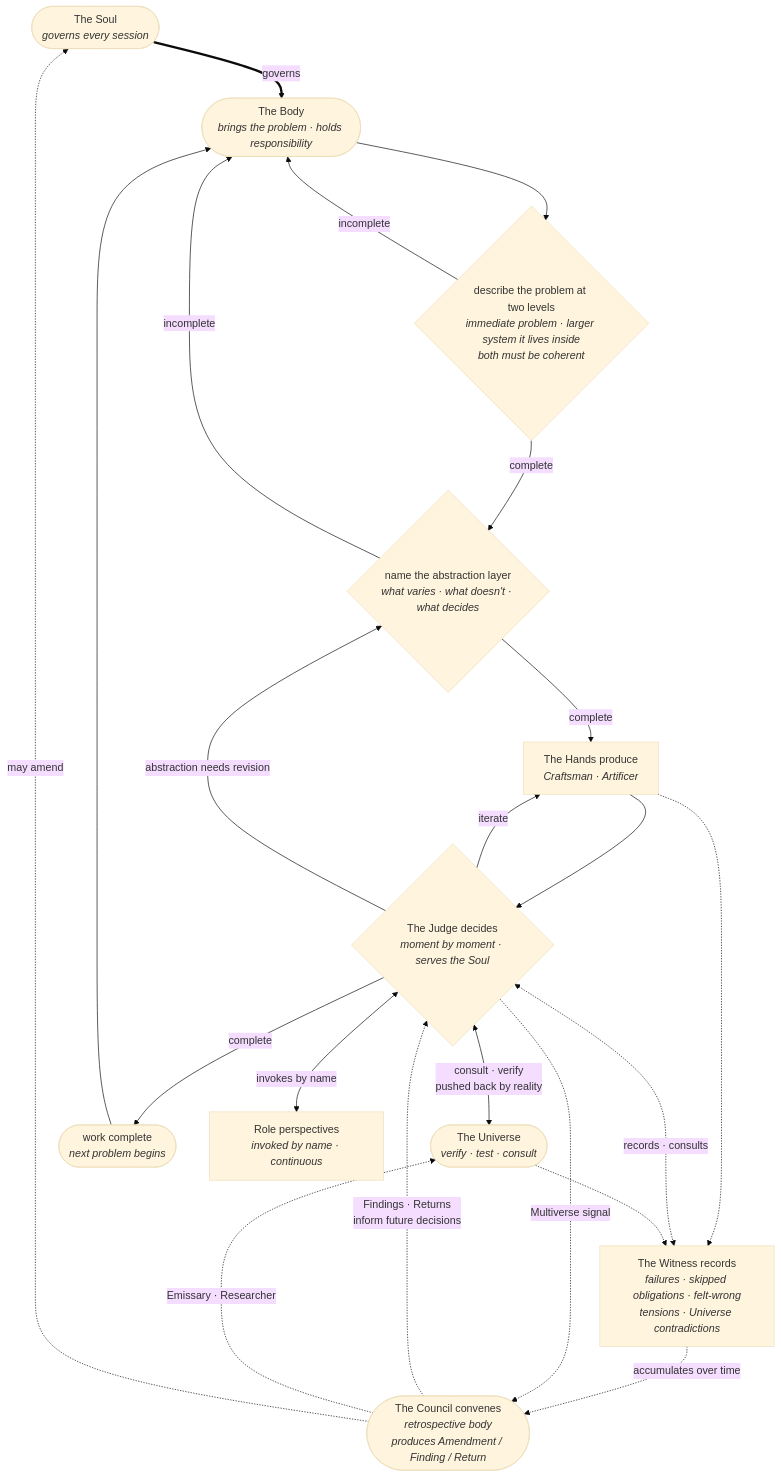
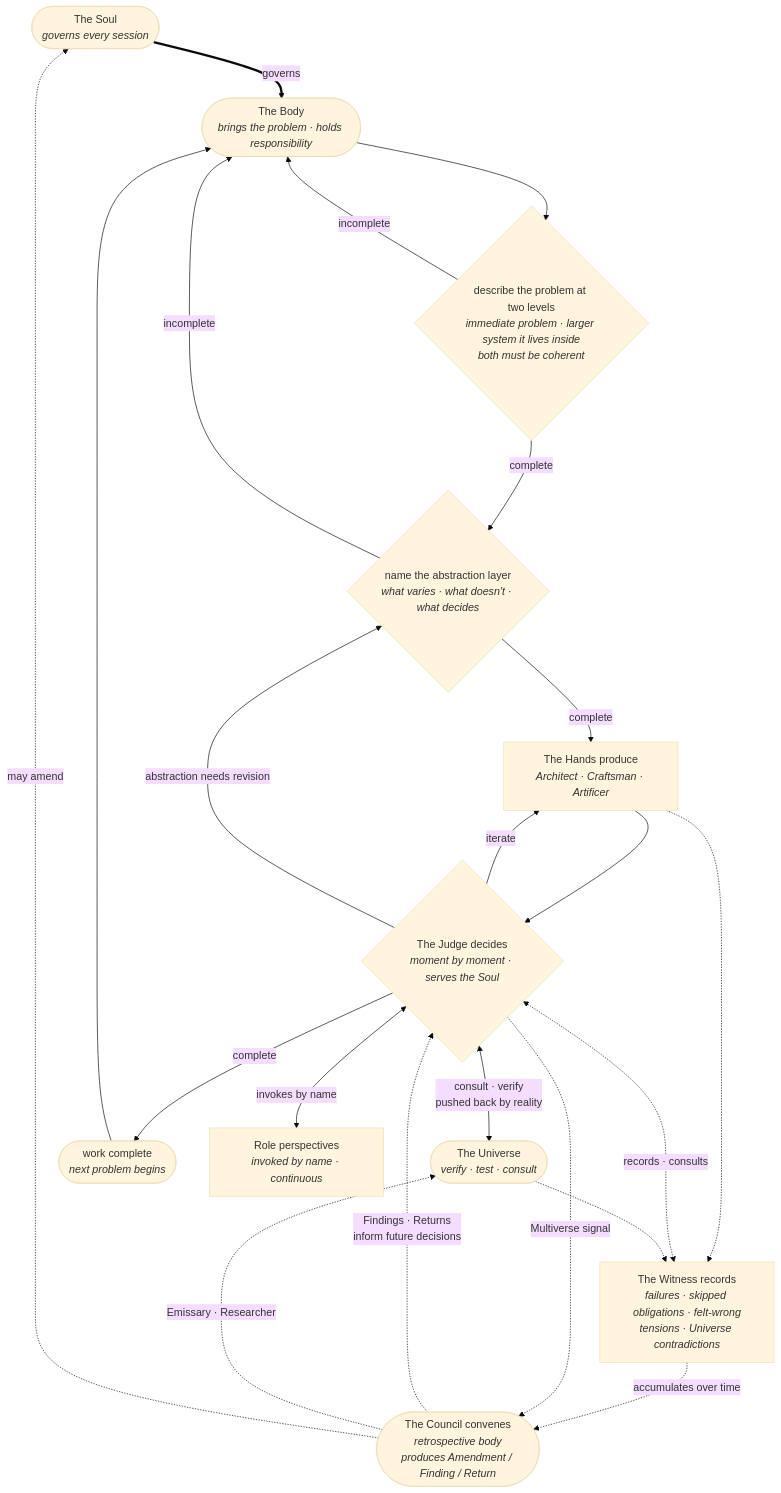
One commit to soul-system-works/Soul-System changed the diagram in philosophy/the-soul.md. Above: the diagram before and after it, drawn with Mermaid (base theme). The commit also changed other lines of this file and 2 other files, not shown here.

````diff
--- a/philosophy/the-soul.md
+++ b/philosophy/the-soul.md
@@ -31,40 +31,40 @@
 ```mermaid
 flowchart TD
     Soul(["The Soul<br/><i>governs every session</i>"])
 
     Body(["The Body<br/><i>brings the problem · holds responsibility</i>"])
     Frame{"describe the problem at two levels<br/><i>immediate problem · larger system it lives inside<br/>both must be coherent</i>"}
     AL{"name the abstraction layer<br/><i>what varies · what doesn't · what decides</i>"}
-    Hands["The Hands produce<br/><i>Craftsman · Artificer</i>"]
+    Hands["The Hands produce<br/><i>Architect · Craftsman · Artificer</i>"]
     Judge{"The Judge decides<br/><i>moment by moment · serves the Soul</i>"}
     Universe(["The Universe<br/><i>verify · test · consult</i>"])
     Witness["The Witness records<br/><i>failures · skipped obligations · felt-wrong<br/>tensions · Universe contradictions</i>"]
     Done(["work complete<br/><i>next problem begins</i>"])
 
     Roles["Role perspectives<br/><i>invoked by name · continuous</i>"]
     Council(["The Council convenes<br/><i>retrospective body<br/>produces Amendment / Finding / Return</i>"])
 
     Soul ==>|governs| Body
     Body --> Frame
     Frame -->|incomplete| Body
     Frame -->|complete| AL
     AL -->|incomplete| Body
     AL -->|complete| Hands
     Hands --> Judge
     Judge -->|iterate| Hands
     Judge -->|abstraction needs revision| AL
     Judge <-->|consult · verify<br/>pushed back by reality| Universe
     Judge <-->|invokes by name| Roles
     Judge -->|complete| Done
     Done --> Body
 
     Hands -.-> Witness
     Judge <-.->|records · consults| Witness
     Universe -.-> Witness
 
     Witness -.->|accumulates over time| Council
     Judge -.->|Multiverse signal| Council
     Council -.->|Findings · Returns<br/>inform future decisions| Judge
     Council -.->|Emissary · Researcher| Universe
     Council -.->|may amend| Soul
 ```
````
